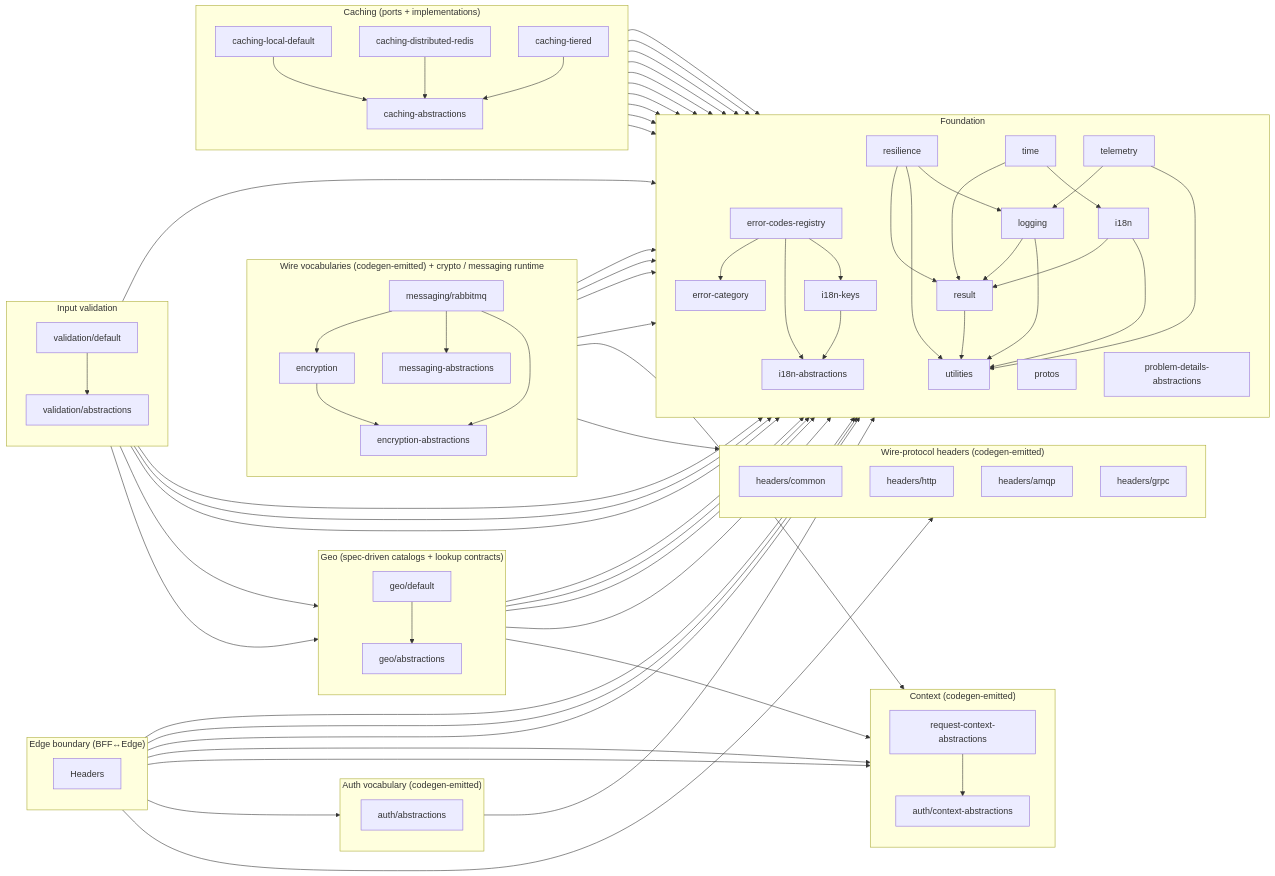
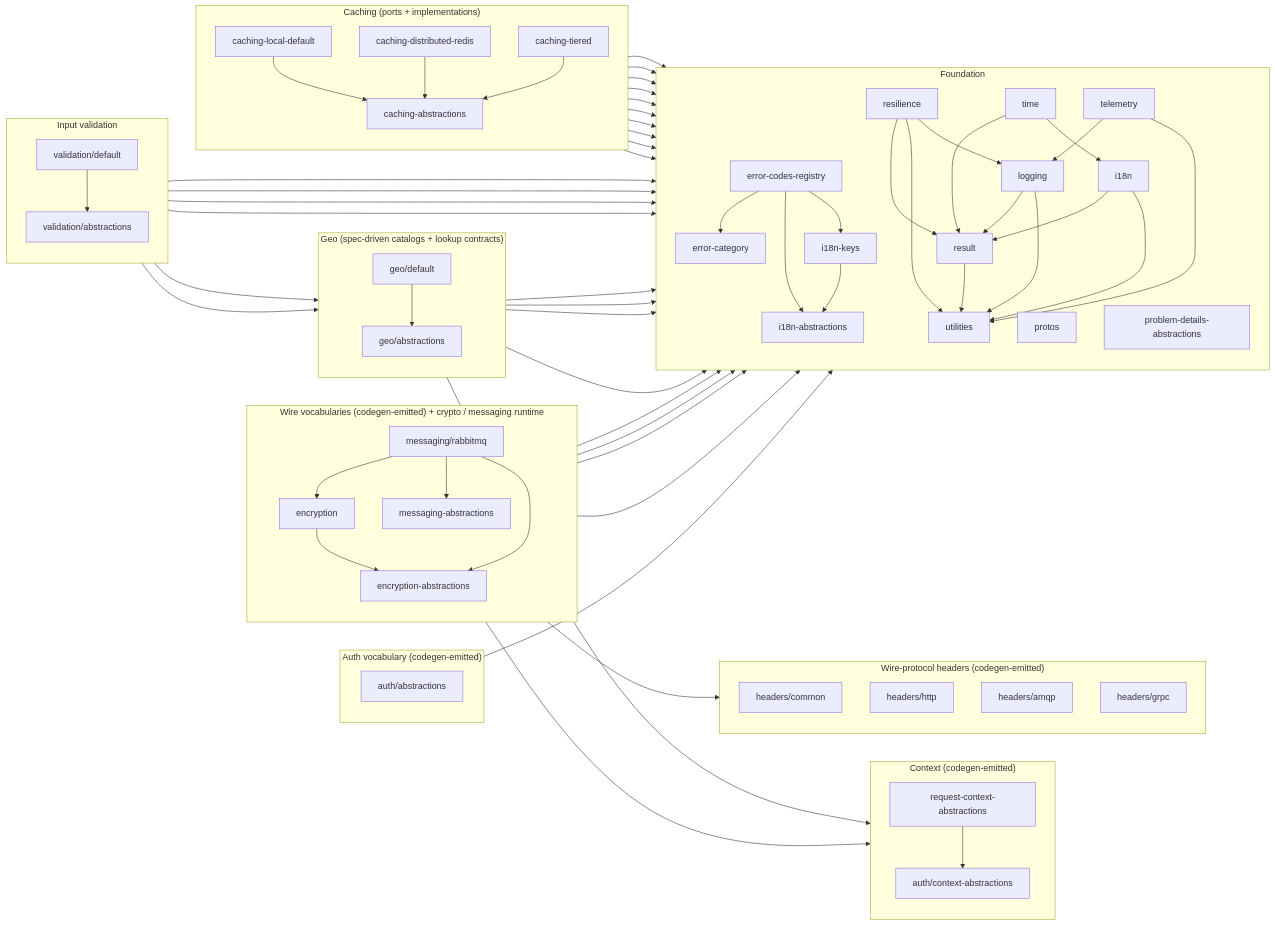
The diagram in packages/typescript/README.md (DCSV-io/D2-Public), drawn with Mermaid before and after one commit. The commit also changed other lines of this file and 439 other files, not shown here.

```diff
--- a/packages/typescript/README.md
+++ b/packages/typescript/README.md
@@ -155,19 +153,6 @@
         ValidationDefault --> I18n
     end
 
-    subgraph BOUNDARY["Edge boundary (BFF↔Edge)"]
-        direction TB
-
-        Headers --> Result
-        Headers --> AuthCtxAbs
-        Headers --> ReqCtxAbs
-        Headers --> AuthAbs
-        Headers --> HeadersCommon
-        Headers --> ProblemDetailsAbs
-        Headers --> Utilities
-
-    end
-
     Result --> Utilities
     Resilience --> Result
     Resilience --> Utilities
```
